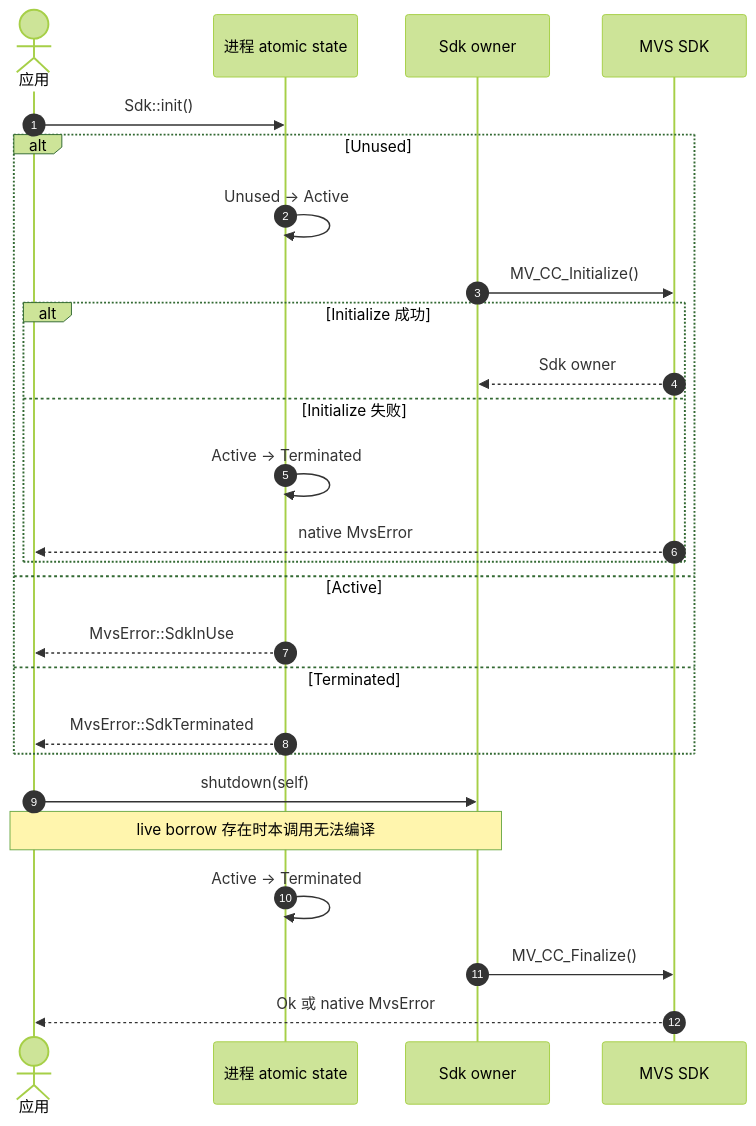
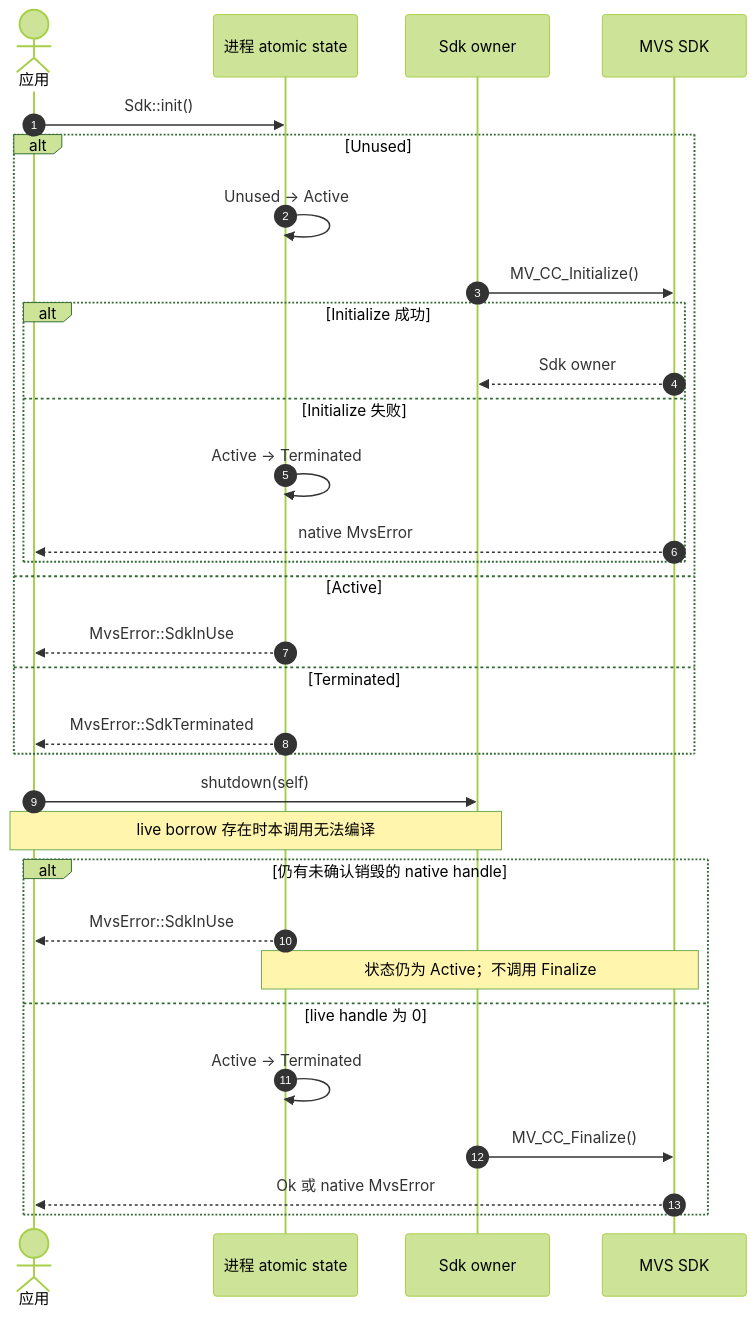
One commit to JSB-Unscarred/mvs-sdk-rs changed the diagram in 时序图/Sdk-shutdown的终态约束.md. Above: the diagram before and after it, drawn with Mermaid (forest theme). The commit also changed other lines of this file and 17 other files, not shown here.

````diff
--- a/时序图/Sdk-shutdown的终态约束.md
+++ b/时序图/Sdk-shutdown的终态约束.md
@@ -6,30 +7,35 @@
 ```mermaid
 sequenceDiagram
     autonumber
     actor App as 应用
     participant State as 进程 atomic state
     participant Sdk as Sdk owner
     participant Native as MVS SDK
 
     App->>State: Sdk::init()
     alt Unused
         State->>State: Unused → Active
         Sdk->>Native: MV_CC_Initialize()
         alt Initialize 成功
             Native-->>Sdk: Sdk owner
         else Initialize 失败
             State->>State: Active → Terminated
             Native-->>App: native MvsError
         end
     else Active
         State-->>App: MvsError::SdkInUse
     else Terminated
         State-->>App: MvsError::SdkTerminated
     end
 
     App->>Sdk: shutdown(self)
     Note over App,Sdk: live borrow 存在时本调用无法编译
-    State->>State: Active → Terminated
-    Sdk->>Native: MV_CC_Finalize()
-    Native-->>App: Ok 或 native MvsError
+    alt 仍有未确认销毁的 native handle
+        State-->>App: MvsError::SdkInUse
+        Note over State,Native: 状态仍为 Active；不调用 Finalize
+    else live handle 为 0
+        State->>State: Active → Terminated
+        Sdk->>Native: MV_CC_Finalize()
+        Native-->>App: Ok 或 native MvsError
+    end
 ```
````
